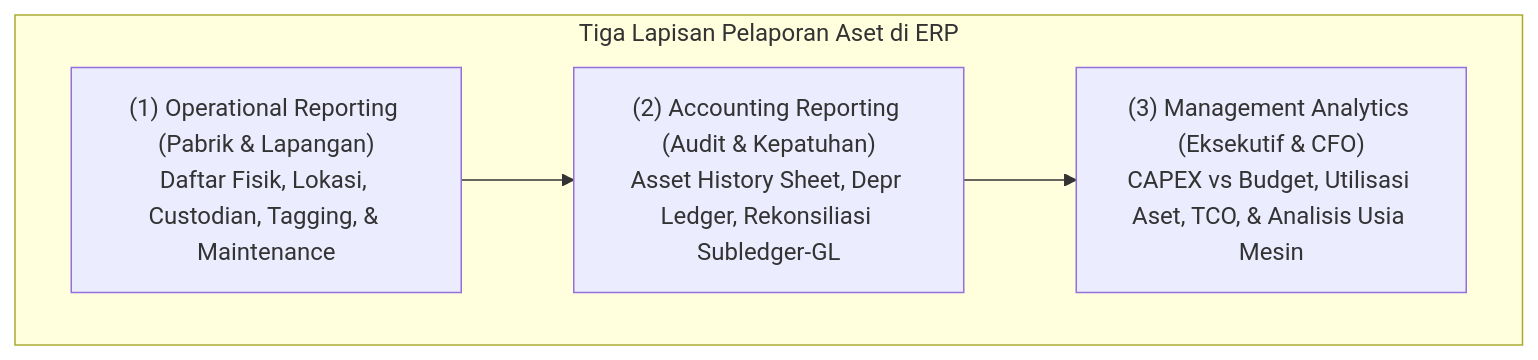
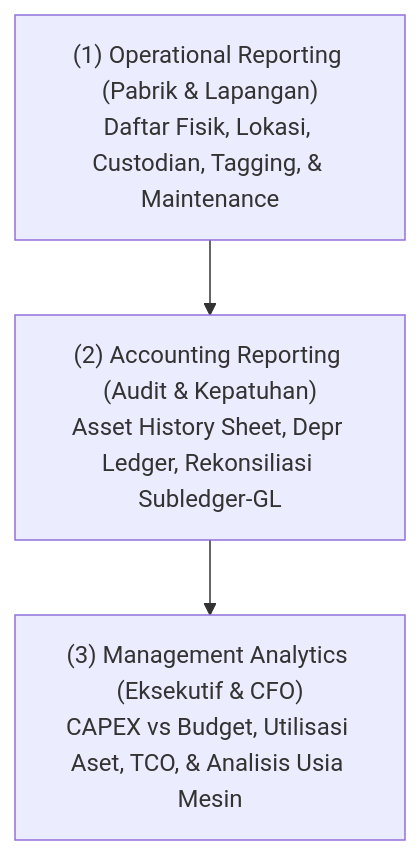
The first of 2 diagrams in content/08-assets/asset-reporting-and-analytics.md (alimurrofid/erp-notes), drawn with Mermaid before and after one commit. The commit also changed 58 other files, not shown here.

Commit message:
fix(content):Mermaid Subgraph

````diff
--- a/content/08-assets/asset-reporting-and-analytics.md
+++ b/content/08-assets/asset-reporting-and-analytics.md
@@ -9,9 +9,7 @@
 ```mermaid
 flowchart TD
-    subgraph ReportingTiers["Tiga Lapisan Pelaporan Aset di ERP"]
         Ops["(1) Operational Reporting (Pabrik & Lapangan)<br/>Daftar Fisik, Lokasi, Custodian, Tagging, & Maintenance"]
         Acct["(2) Accounting Reporting (Audit & Kepatuhan)<br/>Asset History Sheet, Depr Ledger, Rekonsiliasi Subledger-GL"]
         Mgmt["(3) Management Analytics (Eksekutif & CFO)<br/>CAPEX vs Budget, Utilisasi Aset, TCO, & Analisis Usia Mesin"]
-    end
     Ops --> Acct --> Mgmt
 ```
````
